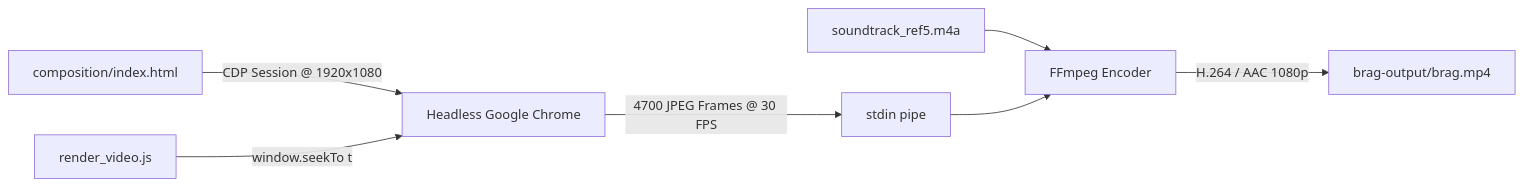
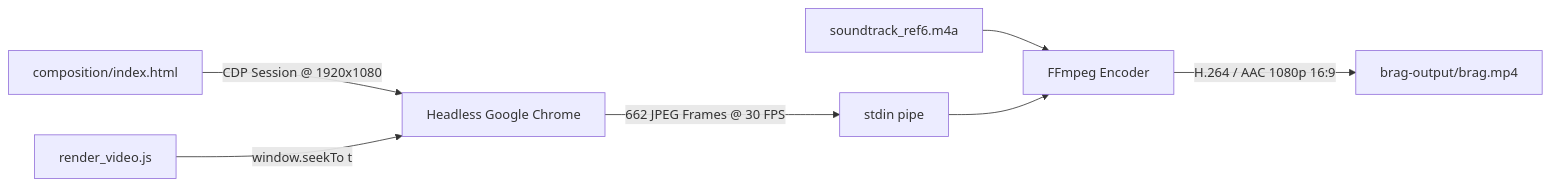
One commit to MdKasif0/iWriteTech-Video changed the diagram in README.md. Above: the diagram before and after it, drawn with Mermaid. The commit also changed other lines of this file and 35 other files, not shown here.

````diff
--- a/README.md
+++ b/README.md
@@ -103,9 +84,9 @@
 ```mermaid
 graph LR
     HTML[composition/index.html] -->|CDP Session @ 1920x1080| Chrome[Headless Google Chrome]
     Script[render_video.js] -->|window.seekTo t | Chrome
-    Chrome -->|4700 JPEG Frames @ 30 FPS| Pipe[stdin pipe]
-    Audio[soundtrack_ref5.m4a] --> FFmpeg[FFmpeg Encoder]
+    Chrome -->|662 JPEG Frames @ 30 FPS| Pipe[stdin pipe]
+    Audio[soundtrack_ref6.m4a] --> FFmpeg[FFmpeg Encoder]
     Pipe --> FFmpeg
-    FFmpeg -->|H.264 / AAC 1080p| MP4[brag-output/brag.mp4]
+    FFmpeg -->|H.264 / AAC 1080p 16:9| MP4[brag-output/brag.mp4]
 ```
````
